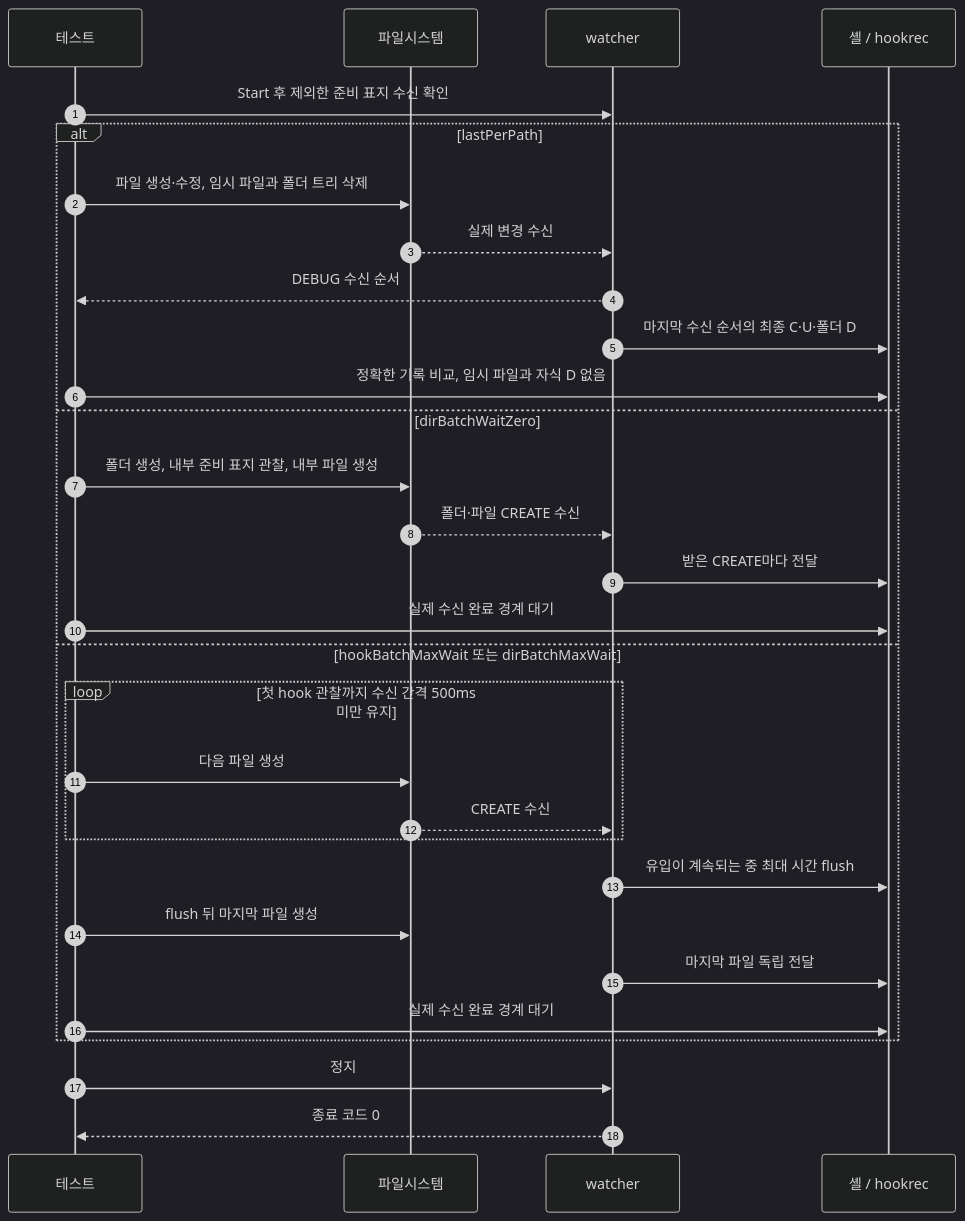
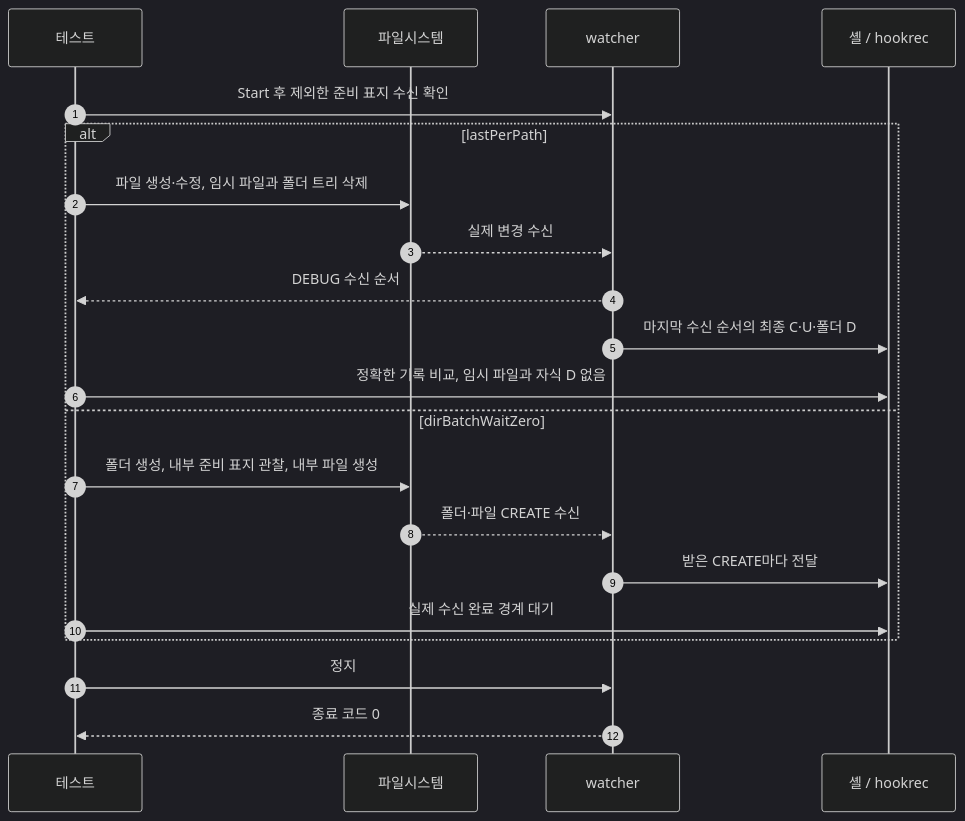
Before and after one commit to seungyeop-lee/directory-watcher: the diagram in e2e/docs/scenarios/batching-options.ko.md, drawn with Mermaid (dark theme). The commit also changed other lines of this file and 9 other files, not shown here.

First line of the commit message:
test: hook·폴더 최대 대기 확인을 runner 테스트로 옮기고 E2E 하위 테스트 둘을 없앰

````diff
--- a/e2e/docs/scenarios/batching-options.ko.md
+++ b/e2e/docs/scenarios/batching-options.ko.md
@@ -35,32 +31,23 @@
 ```mermaid
 sequenceDiagram
     autonumber
     participant testCode as 테스트
     participant fs as 파일시스템
     participant watcher as watcher
     participant hook as 셸 / hookrec
     testCode->>watcher: Start 후 제외한 준비 표지 수신 확인
     alt lastPerPath
         testCode->>fs: 파일 생성·수정, 임시 파일과 폴더 트리 삭제
         fs-->>watcher: 실제 변경 수신
         watcher-->>testCode: DEBUG 수신 순서
         watcher->>hook: 마지막 수신 순서의 최종 C·U·폴더 D
         testCode->>hook: 정확한 기록 비교, 임시 파일과 자식 D 없음
     else dirBatchWaitZero
         testCode->>fs: 폴더 생성, 내부 준비 표지 관찰, 내부 파일 생성
         fs-->>watcher: 폴더·파일 CREATE 수신
         watcher->>hook: 받은 CREATE마다 전달
         testCode->>hook: 실제 수신 완료 경계 대기
-    else hookBatchMaxWait 또는 dirBatchMaxWait
-        loop 첫 hook 관찰까지 수신 간격 500ms 미만 유지
-            testCode->>fs: 다음 파일 생성
-            fs-->>watcher: CREATE 수신
-        end
-        watcher->>hook: 유입이 계속되는 중 최대 시간 flush
-        testCode->>fs: flush 뒤 마지막 파일 생성
-        watcher->>hook: 마지막 파일 독립 전달
-        testCode->>hook: 실제 수신 완료 경계 대기
     end
     testCode->>watcher: 정지
     watcher-->>testCode: 종료 코드 0
 ```
````
